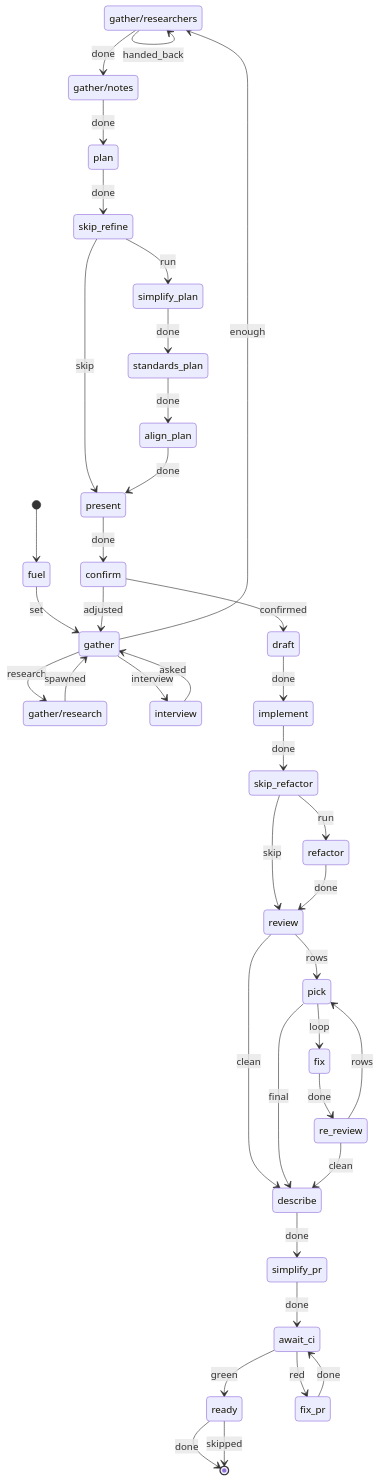
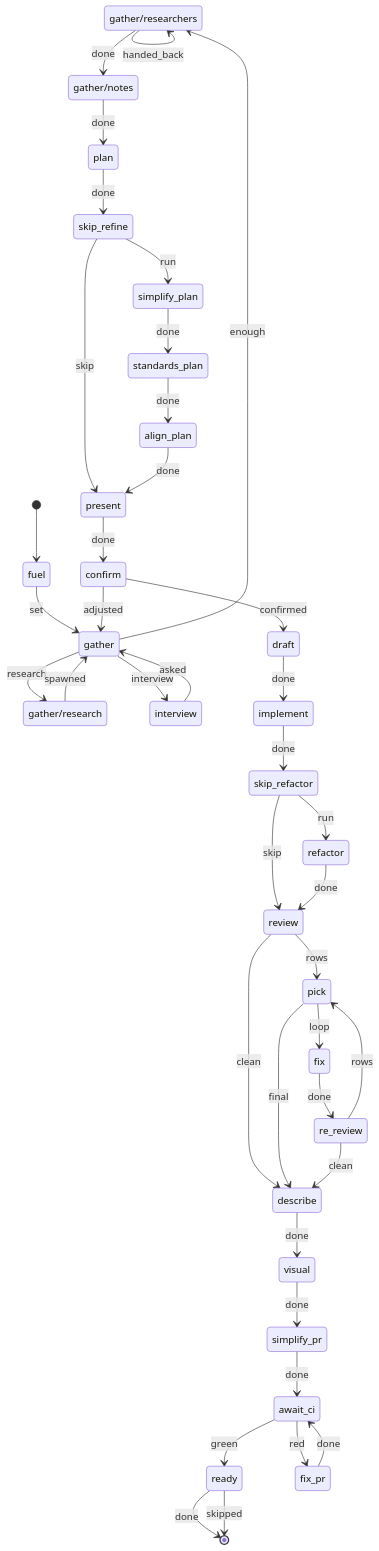
The second of 5 diagrams in docs/harness/FLOWS.md (ILIYANGERMANOV/nixos), drawn with Mermaid before and after one commit. The commit also changed other lines of this file and 31 other files, not shown here.

First line of the commit message:
[agents] Shorter PR descriptions: a visual step in describe (#547)

````diff
--- a/docs/harness/FLOWS.md
+++ b/docs/harness/FLOWS.md
@@ -97,47 +97,48 @@
 ```mermaid
 
 stateDiagram-v2
   direction TB
   state "gather/researchers" as gather__researchers
   state "gather/notes" as gather__notes
   state "gather/research" as gather__research
   [*] --> fuel
   fuel --> gather: set
   gather --> gather__researchers: enough
   gather --> interview: interview
   gather --> gather__research: research
   gather__researchers --> gather__notes: done
   gather__researchers --> gather__researchers: handed_back
   gather__notes --> plan: done
   gather__research --> gather: spawned
   interview --> gather: asked
   plan --> skip_refine: done
   skip_refine --> simplify_plan: run
   skip_refine --> present: skip
   simplify_plan --> standards_plan: done
   standards_plan --> align_plan: done
   align_plan --> present: done
   present --> confirm: done
   confirm --> gather: adjusted
   confirm --> draft: confirmed
   draft --> implement: done
   implement --> skip_refactor: done
   skip_refactor --> refactor: run
   skip_refactor --> review: skip
   refactor --> review: done
   review --> describe: clean
   review --> pick: rows
   pick --> describe: final
   pick --> fix: loop
   fix --> re_review: done
   re_review --> describe: clean
   re_review --> pick: rows
-  describe --> simplify_pr: done
+  describe --> visual: done
+  visual --> simplify_pr: done
   simplify_pr --> await_ci: done
   await_ci --> ready: green
   await_ci --> fix_pr: red
   fix_pr --> await_ci: done
   ready --> [*]: done
   ready --> [*]: skipped
 
 ```
````
